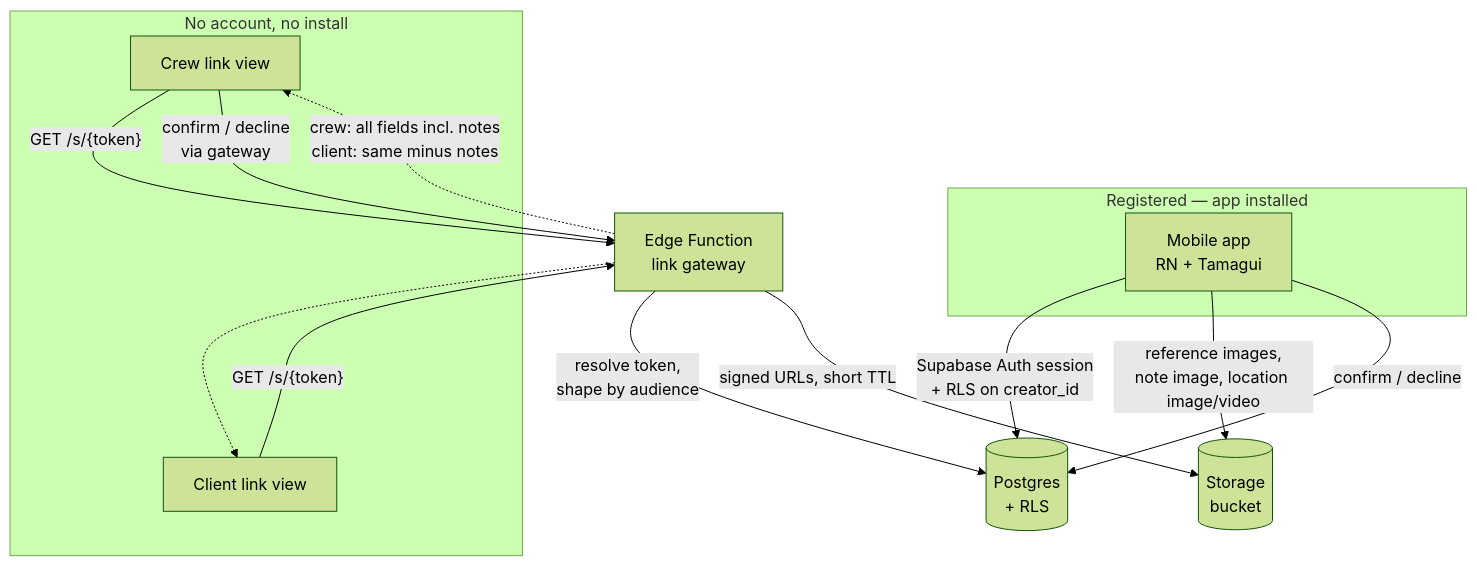
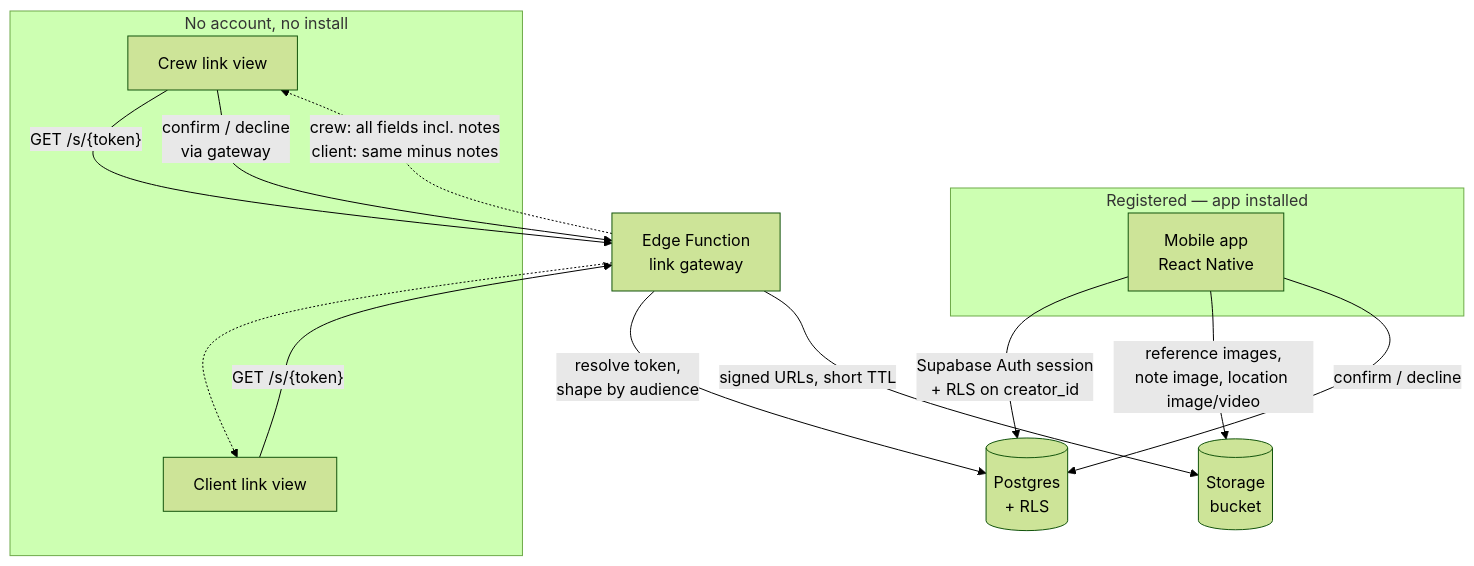
The diagram in docs/product/architecture.md (kozrkozr/luna-crm), drawn with Mermaid (forest theme) before and after one commit. The commit also changed other lines of this file and 7 other files, not shown here.

````diff
--- a/docs/product/architecture.md
+++ b/docs/product/architecture.md
@@ -39,23 +41,23 @@
 ```mermaid
 flowchart TB
     subgraph acct["Registered — app installed"]
-        A["Mobile app<br/>RN + Tamagui"]
+        A["Mobile app<br/>React Native"]
     end
     subgraph anon["No account, no install"]
         C["Crew link view"]
         L["Client link view"]
     end
 
     A -->|"Supabase Auth session<br/>+ RLS on creator_id"| DB[("Postgres<br/>+ RLS")]
     A -->|"reference images,<br/>note image, location image/video"| ST[("Storage<br/>bucket")]
 
     C -->|"GET /s/{token}"| GW["Edge Function<br/>link gateway"]
     L -->|"GET /s/{token}"| GW
     GW -->|"resolve token,<br/>shape by audience"| DB
     GW -->|"signed URLs, short TTL"| ST
     GW -.->|"crew: all fields incl. notes<br/>client: same minus notes"| C
     GW -.-> L
 
     A -->|"confirm / decline"| DB
     C -->|"confirm / decline<br/>via gateway"| GW
 ```
````
